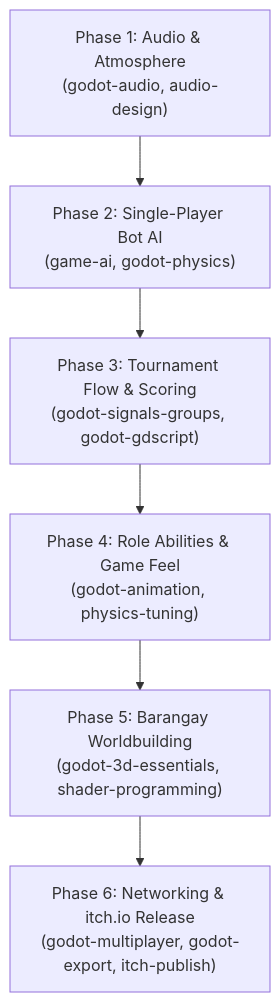
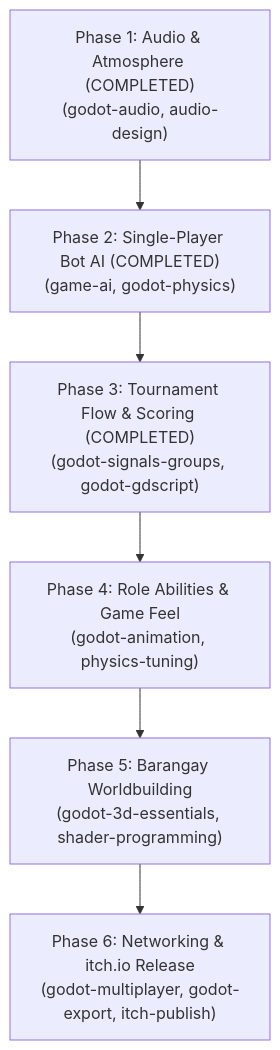
One commit to ExodusNeo/Patintero changed the diagram in ROADMAP.md. Above: the diagram before and after it, drawn with Mermaid. The commit also changed other lines of this file and 34 other files, not shown here.

Commit message:
Implement Phase 3 match flow, inning timer & scoring, and restructure into modular domain directories

````diff
--- a/ROADMAP.md
+++ b/ROADMAP.md
@@ -7,8 +7,8 @@
 ```mermaid
 flowchart TD
-    P1["Phase 1: Audio & Atmosphere\n(godot-audio, audio-design)"] --> P2["Phase 2: Single-Player Bot AI\n(game-ai, godot-physics)"]
-    P2 --> P3["Phase 3: Tournament Flow & Scoring\n(godot-signals-groups, godot-gdscript)"]
-    P3 --> P4["Phase 4: Role Abilities & Game Feel\n(godot-animation, physics-tuning)"]
-    P4 --> P5["Phase 5: Barangay Worldbuilding\n(godot-3d-essentials, shader-programming)"]
-    P5 --> P6["Phase 6: Networking & itch.io Release\n(godot-multiplayer, godot-export, itch-publish)"]
+	P1["Phase 1: Audio & Atmosphere (COMPLETED)\n(godot-audio, audio-design)"] --> P2["Phase 2: Single-Player Bot AI (COMPLETED)\n(game-ai, godot-physics)"]
+	P2 --> P3["Phase 3: Tournament Flow & Scoring (COMPLETED)\n(godot-signals-groups, godot-gdscript)"]
+	P3 --> P4["Phase 4: Role Abilities & Game Feel\n(godot-animation, physics-tuning)"]
+	P4 --> P5["Phase 5: Barangay Worldbuilding\n(godot-3d-essentials, shader-programming)"]
+	P5 --> P6["Phase 6: Networking & itch.io Release\n(godot-multiplayer, godot-export, itch-publish)"]
 ```
````
